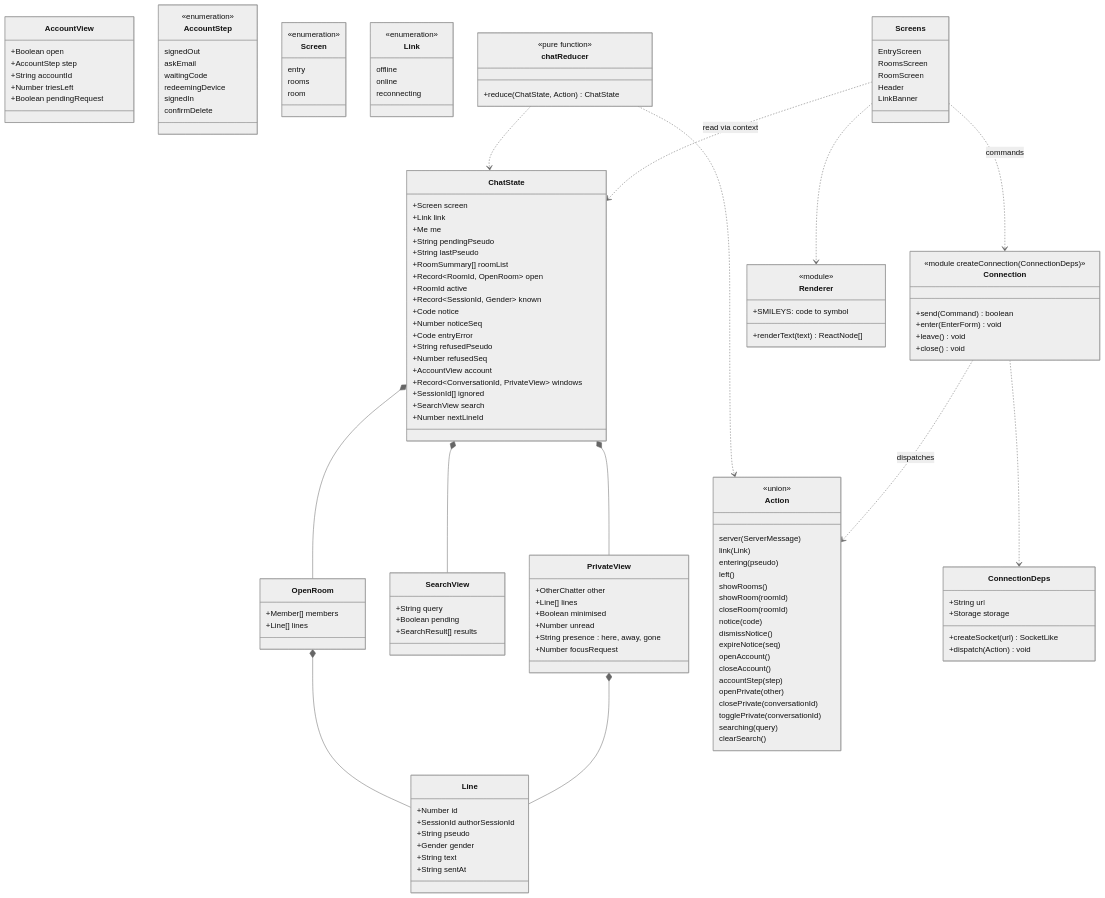
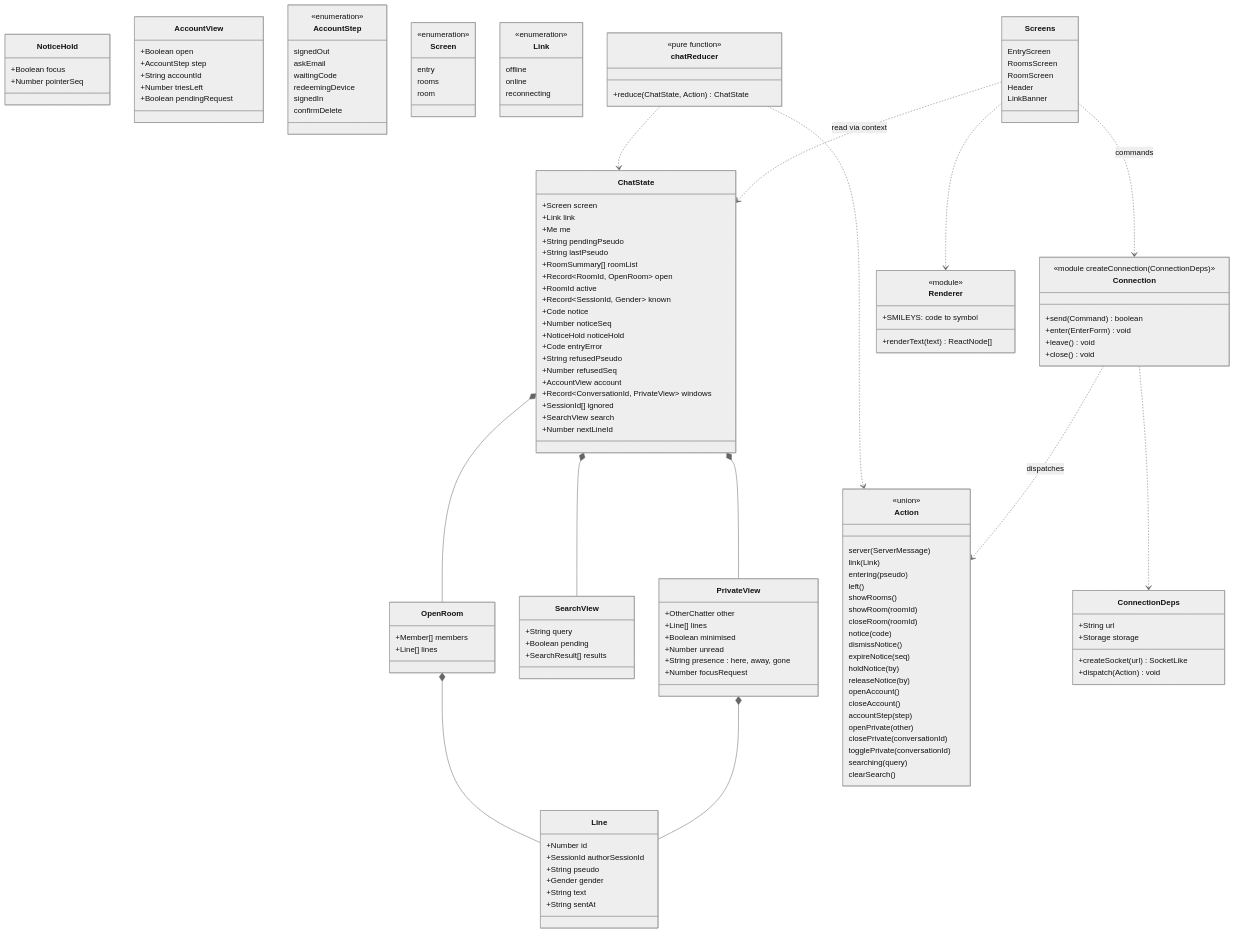
One commit to benoit-bremaud/asv changed the diagram in docs/architecture/diagrams/web-ui/04-class-client-state.md. Above: the diagram before and after it, drawn with Mermaid (neutral theme). The commit also changed other lines of this file, not shown here.

Commit message:
docs(web-ui): keep the notice hold in the store, one timer in Banners (#199)

```diff
--- a/docs/architecture/diagrams/web-ui/04-class-client-state.md
+++ b/docs/architecture/diagrams/web-ui/04-class-client-state.md
@@ -28,6 +28,7 @@
     +Record~SessionId, Gender~ known
     +Code notice
     +Number noticeSeq
+    +NoticeHold noticeHold
     +Code entryError
     +String refusedPseudo
     +Number refusedSeq
@@ -44,6 +45,10 @@
     +Number unread
     +String presence : here, away, gone
     +Number focusRequest
+  }
+  class NoticeHold {
+    +Boolean focus
+    +Number pointerSeq
   }
   class SearchView {
     +String query
@@ -102,6 +107,8 @@
     notice(code)
     dismissNotice()
     expireNotice(seq)
+    holdNotice(by)
+    releaseNotice(by)
     openAccount()
     closeAccount()
     accountStep(step)
```
